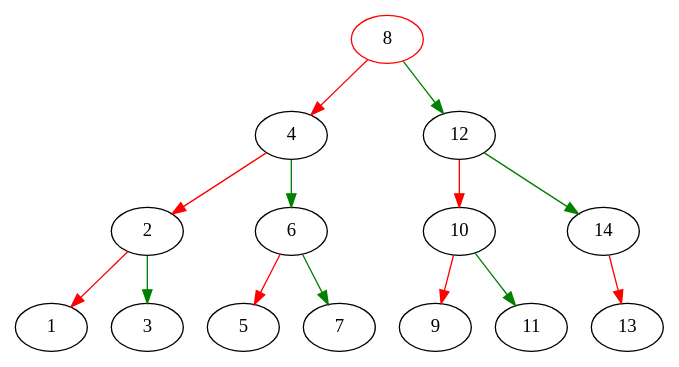
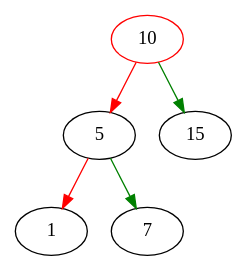
The diagram in bintree.gv (bsdshell/java), drawn with Graphviz before and after one commit. The commit also changed 3 other files, not shown here.

```diff
--- a/bintree.gv
+++ b/bintree.gv
@@ -1,16 +1,7 @@
 digraph G{
-8[color=red];
-8->4[color=red];
-4->2[color=red];
-2->1[color=red];
-2->3[color=green];
-4->6[color=green];
-6->5[color=red];
-6->7[color=green];
-8->12[color=green];
-12->10[color=red];
-10->9[color=red];
-10->11[color=green];
-12->14[color=green];
-14->13[color=red];
+10[color=red];
+10->5[color=red];
+5->1[color=red];
+5->7[color=green];
+10->15[color=green];
 }
```
